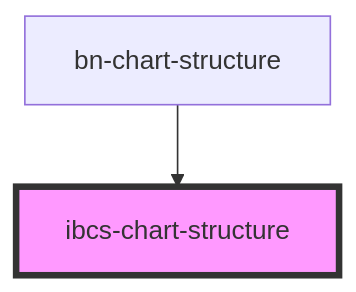
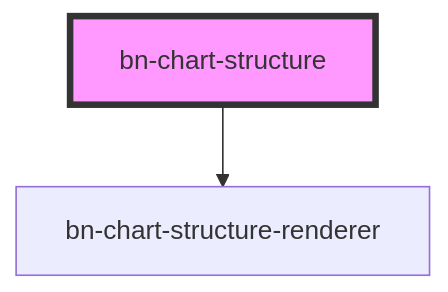
Before and after one commit to bino-bi/bn-template-engine: the diagram in src/components/bn-chart-structure/readme.md, drawn with Mermaid. The commit also changed other lines of this file and 263 other files, not shown here.

````diff
--- a/src/components/bn-chart-structure/readme.md
+++ b/src/components/bn-chart-structure/readme.md
@@ -156,5 +188,5 @@
 ```mermaid
 graph TD;
-  bn-chart-structure --> ibcs-chart-structure
-  style ibcs-chart-structure fill:#f9f,stroke:#333,stroke-width:4px
+  bn-chart-structure --> bn-chart-structure-renderer
+  style bn-chart-structure fill:#f9f,stroke:#333,stroke-width:4px
 ```
````
